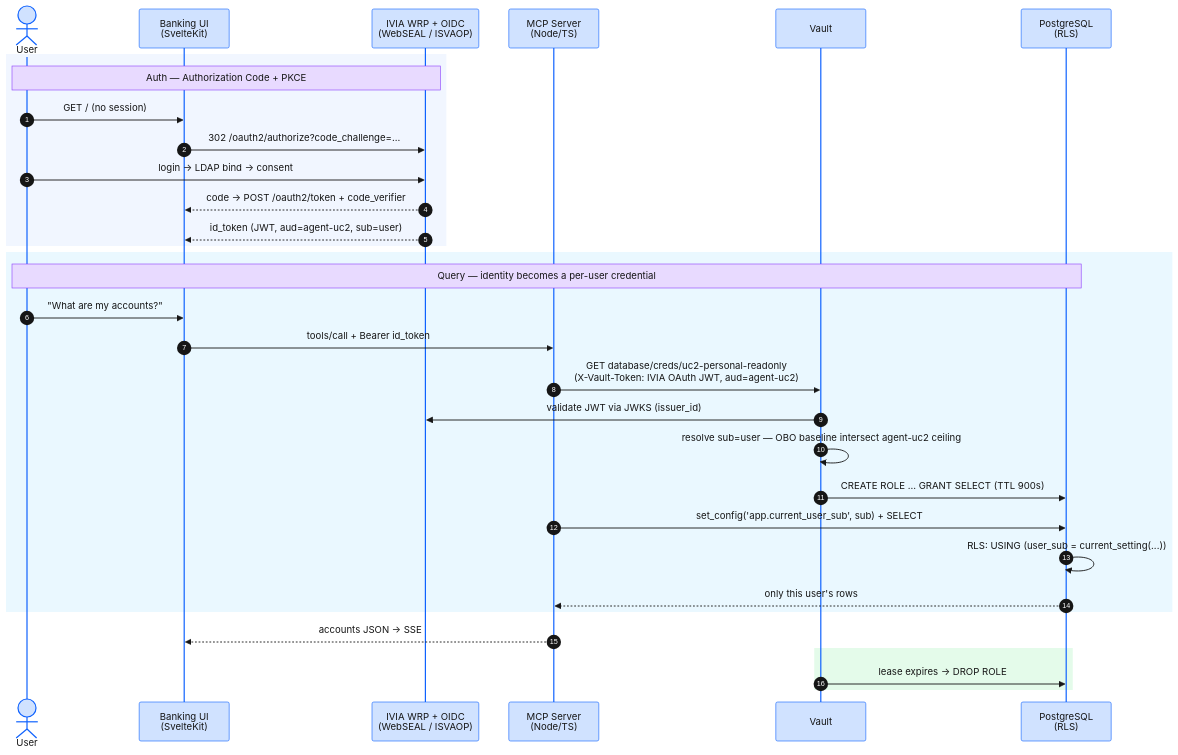
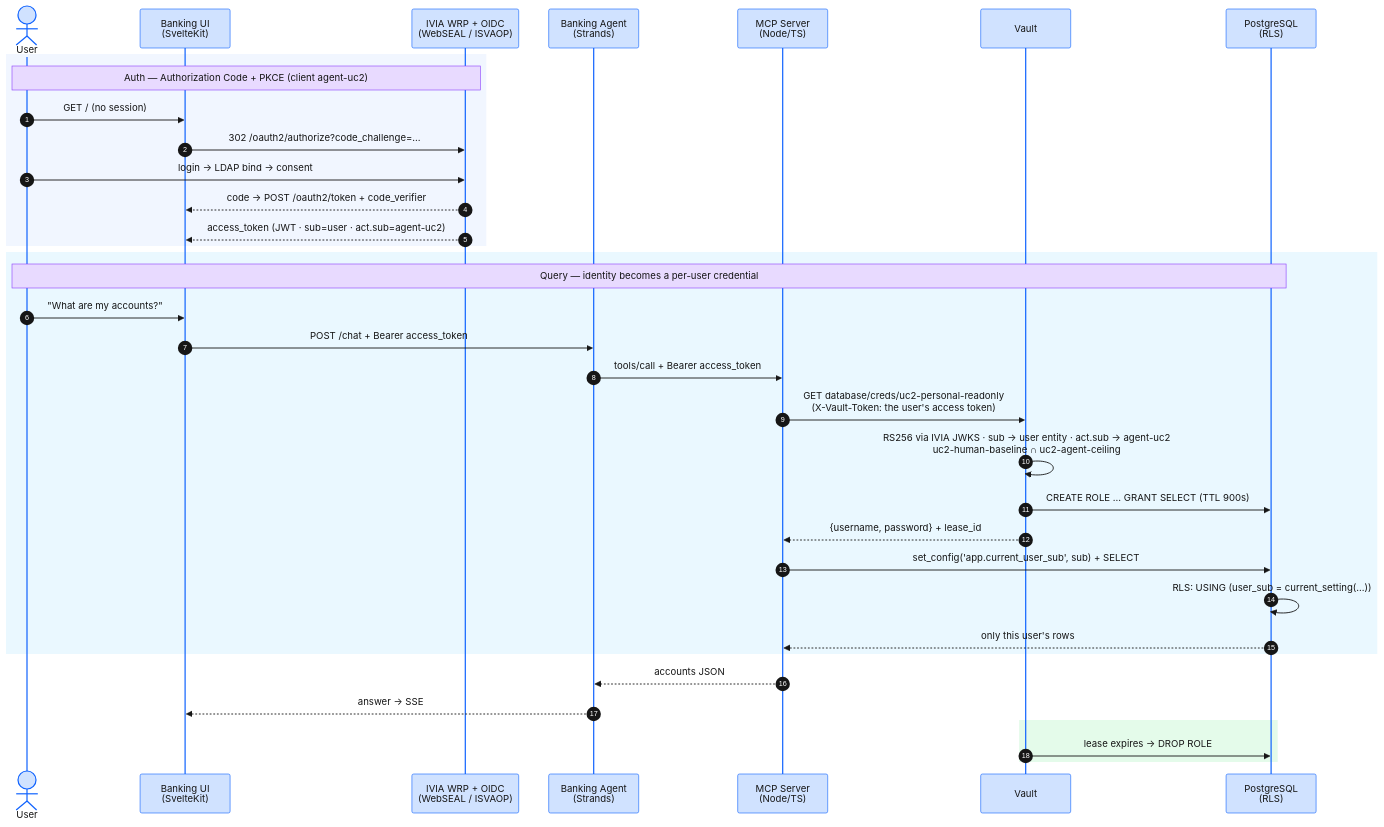
One commit to aws-samples/sample-agentic-runtime-security-on-aws-with-vault changed the second of 3 diagrams in slides.md. Above: the diagram before and after it, drawn with Mermaid. The commit also changed other lines of this file, not shown here.

First line of the commit message:
docs(deck): the slides match the deployed code: Use Case 2 flow, bypass checks, audit join, KMS keys and region

````diff
--- a/slides.md
+++ b/slides.md
@@ -199,44 +199,47 @@
 ```mermaid
 %%{init: {'theme': 'base', 'themeVariables': {
   'primaryColor': '#d0e2ff', 'primaryTextColor': '#161616', 'primaryBorderColor': '#0f62fe',
   'lineColor': '#0f62fe', 'secondaryColor': '#bae6ff', 'tertiaryColor': '#f4f4f4',
   'noteBkgColor': '#e8daff', 'noteTextColor': '#161616', 'noteBorderColor': '#8a3ffc',
   'actorBkg': '#d0e2ff', 'actorBorder': '#0f62fe', 'actorTextColor': '#161616',
   'signalColor': '#161616', 'signalTextColor': '#161616', 'sequenceNumberColor': '#ffffff'
 }}}%%
 sequenceDiagram
     autonumber
     actor User
     participant UI as Banking UI<br/>(SvelteKit)
     participant IVIA as IVIA WRP + OIDC<br/>(WebSEAL / ISVAOP)
+    participant Agent as Banking Agent<br/>(Strands)
     participant MCP as MCP Server<br/>(Node/TS)
     participant Vault as Vault
     participant RDS as PostgreSQL<br/>(RLS)
 
     rect rgba(208, 226, 255, 0.3)
-    Note over User,IVIA: Auth — Authorization Code + PKCE
+    Note over User,IVIA: Auth — Authorization Code + PKCE (client agent-uc2)
     User->>UI: GET / (no session)
     UI->>IVIA: 302 /oauth2/authorize?code_challenge=…
     User->>IVIA: login → LDAP bind → consent
     IVIA-->>UI: code → POST /oauth2/token + code_verifier
-    IVIA-->>UI: id_token (JWT, aud=agent-uc2, sub=user)
+    IVIA-->>UI: access_token (JWT · sub=user · act.sub=agent-uc2)
     end
 
     rect rgba(186, 230, 255, 0.3)
     Note over User,RDS: Query — identity becomes a per-user credential
     User->>UI: "What are my accounts?"
-    UI->>MCP: tools/call + Bearer id_token
-    MCP->>Vault: GET database/creds/uc2-personal-readonly<br/>(X-Vault-Token: IVIA OAuth JWT, aud=agent-uc2)
-    Vault->>IVIA: validate JWT via JWKS (issuer_id)
-    Vault->>Vault: resolve sub=user — OBO baseline intersect agent-uc2 ceiling
+    UI->>Agent: POST /chat + Bearer access_token
+    Agent->>MCP: tools/call + Bearer access_token
+    MCP->>Vault: GET database/creds/uc2-personal-readonly<br/>(X-Vault-Token: the user's access token)
+    Vault->>Vault: RS256 via IVIA JWKS · sub → user entity · act.sub → agent-uc2<br/>uc2-human-baseline ∩ uc2-agent-ceiling
     Vault->>RDS: CREATE ROLE … GRANT SELECT (TTL 900s)
+    Vault-->>MCP: {username, password} + lease_id
     MCP->>RDS: set_config('app.current_user_sub', sub) + SELECT
     RDS->>RDS: RLS: USING (user_sub = current_setting(...))
     RDS-->>MCP: only this user's rows
     end
 
-    MCP-->>UI: accounts JSON → SSE
+    MCP-->>Agent: accounts JSON
+    Agent-->>UI: answer → SSE
     rect rgba(167, 240, 186, 0.3)
     Vault->>RDS: lease expires → DROP ROLE
     end
 ```
````
